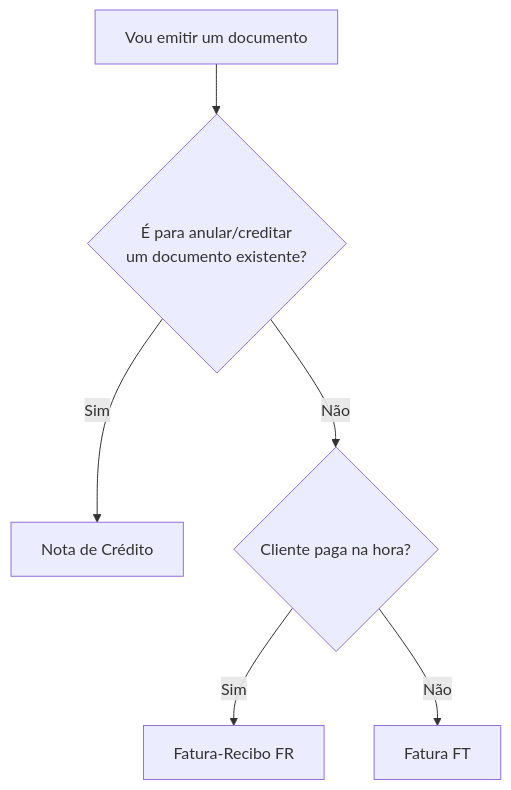
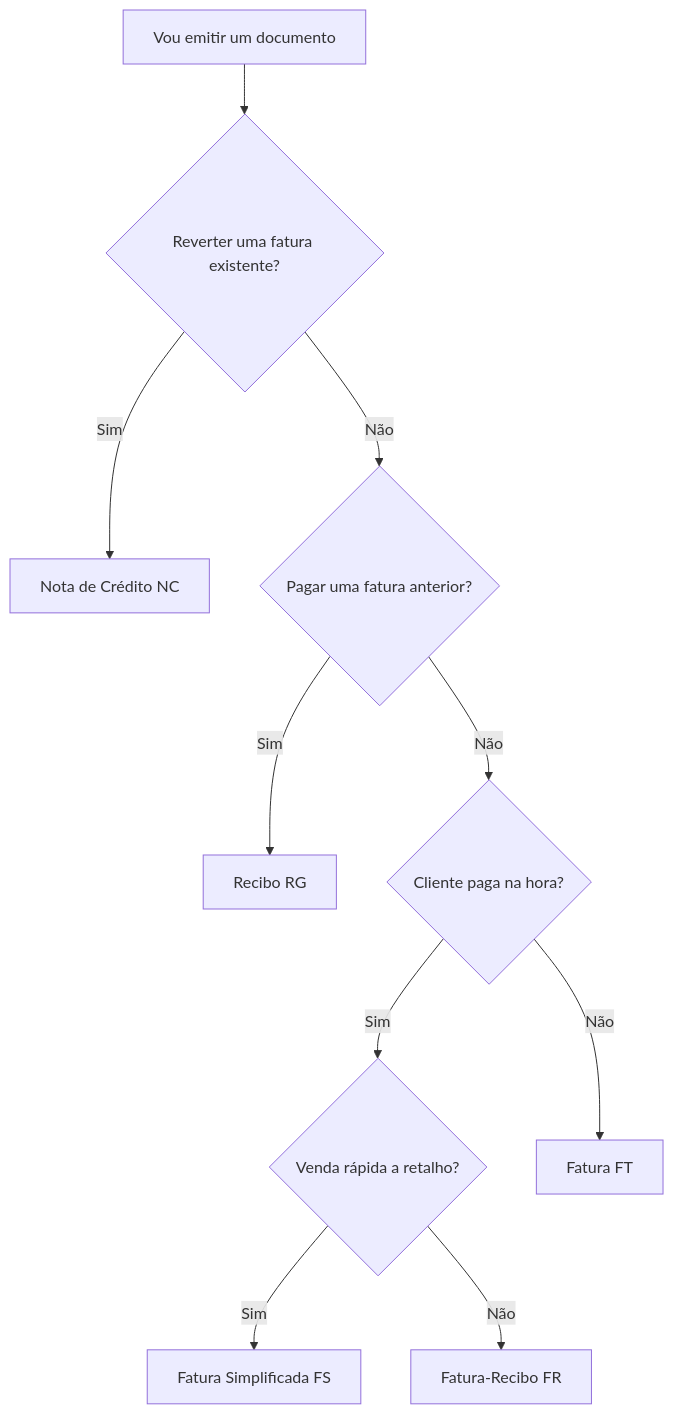
The diagram in docs/documents/index.pt.md (bilouro/vendus-python), drawn with Mermaid before and after one commit. The commit also changed other lines of this file and 19 other files, not shown here.

````diff
--- a/docs/documents/index.pt.md
+++ b/docs/documents/index.pt.md
@@ -13,8 +15,12 @@
 ```mermaid
 flowchart TD
-    A[Vou emitir um documento] --> B{É para anular/creditar<br/>um documento existente?}
-    B -->|Sim| NC[Nota de Crédito]
-    B -->|Não| C{Cliente paga na hora?}
-    C -->|Sim| FR[Fatura-Recibo FR]
+    A[Vou emitir um documento] --> B{Reverter uma fatura existente?}
+    B -->|Sim| NC[Nota de Crédito NC]
+    B -->|Não| P{Pagar uma fatura anterior?}
+    P -->|Sim| RG[Recibo RG]
+    P -->|Não| C{Cliente paga na hora?}
+    C -->|Sim| D{Venda rápida a retalho?}
+    D -->|Sim| FS[Fatura Simplificada FS]
+    D -->|Não| FR[Fatura-Recibo FR]
     C -->|Não| FT[Fatura FT]
 ```
````
